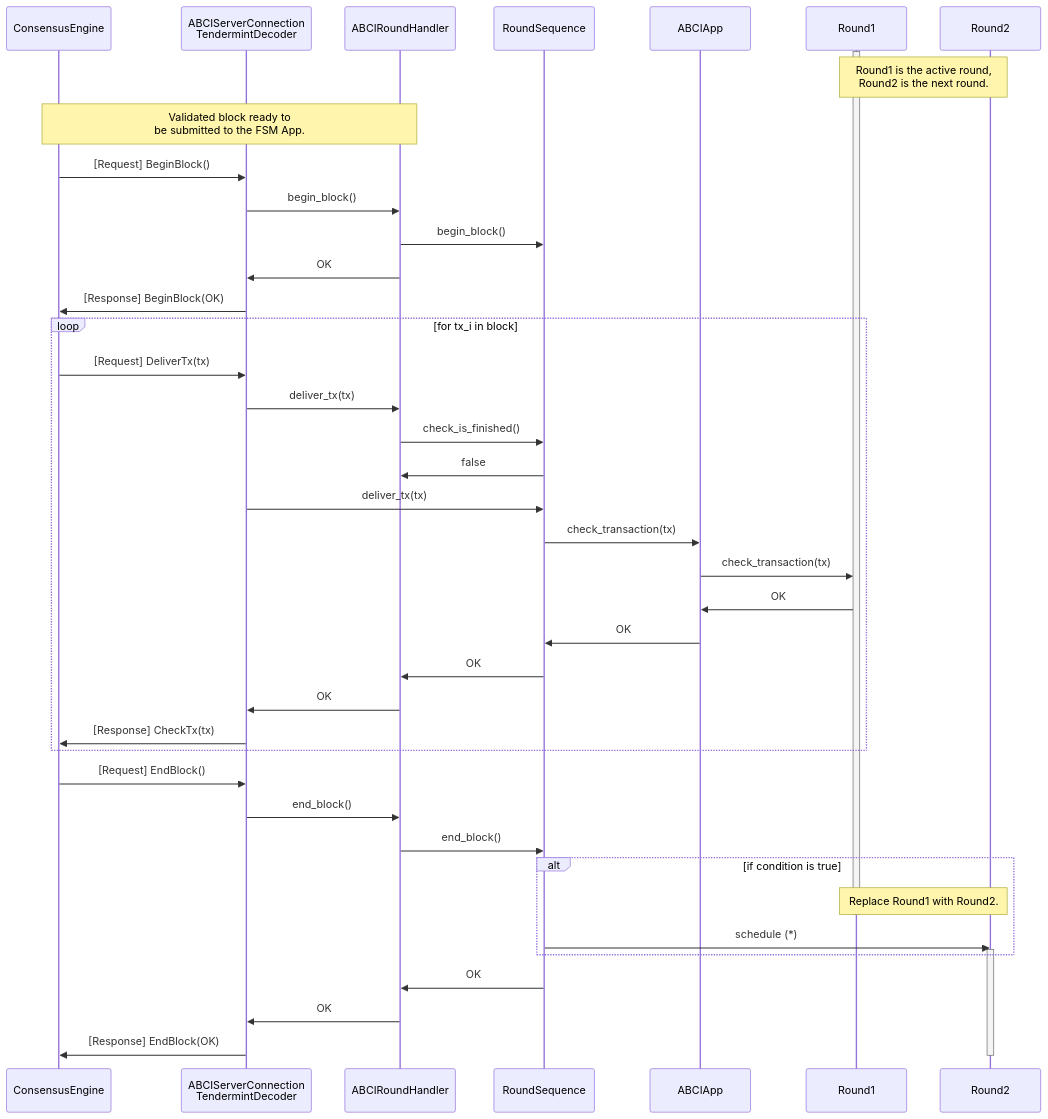
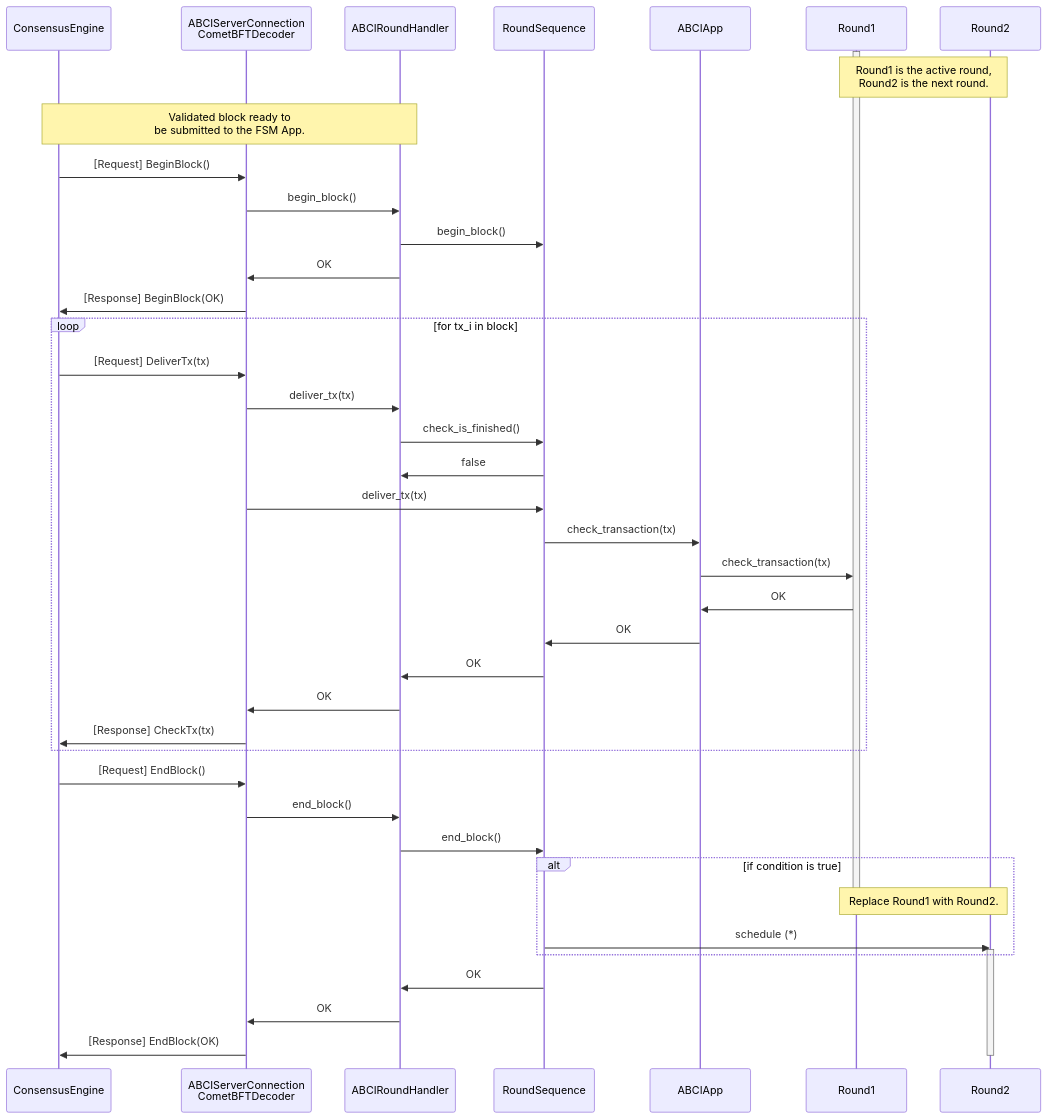
Before and after one commit to valory-xyz/open-autonomy: the third of 3 diagrams in docs/key_concepts/abci_app_interactions.md, drawn with Mermaid. The commit also changed other lines of this file and 15 other files, not shown here.

```diff
--- a/docs/key_concepts/abci_app_interactions.md
+++ b/docs/key_concepts/abci_app_interactions.md
@@ -121,45 +121,45 @@
 <div class="mermaid">
     sequenceDiagram
         participant ConsensusEngine
-        participant ABCIServerConnection as ABCIServerConnection<br/>TendermintDecoder
+        participant ABCIServerConnection as ABCIServerConnection<br/>CometBFTDecoder
         participant ABCIRoundHandler
         participant RoundSequence
         participant ABCIApp
         participant Round1
         participant Round2
         activate Round1
         note over Round1,Round2: Round1 is the active round,<br/>Round2 is the next round.
         note over ConsensusEngine,ABCIRoundHandler: Validated block ready to<br/>be submitted to the FSM App.
         ConsensusEngine->>ABCIServerConnection: [Request] BeginBlock()
         ABCIServerConnection->>ABCIRoundHandler: begin_block()        
         ABCIRoundHandler->>RoundSequence: begin_block()
         ABCIRoundHandler->>ABCIServerConnection: OK
         ABCIServerConnection->>ConsensusEngine: [Response] BeginBlock(OK)
         loop for tx_i in block
           ConsensusEngine->>ABCIServerConnection: [Request] DeliverTx(tx)
           ABCIServerConnection->>ABCIRoundHandler: deliver_tx(tx)
           ABCIRoundHandler->>RoundSequence: check_is_finished()
           RoundSequence->>ABCIRoundHandler: false
           ABCIServerConnection->>RoundSequence: deliver_tx(tx)
           RoundSequence->>ABCIApp: check_transaction(tx)             
           ABCIApp->>Round1: check_transaction(tx)                
           Round1->>ABCIApp: OK
           ABCIApp->>RoundSequence: OK
           RoundSequence->>ABCIRoundHandler: OK        
           ABCIRoundHandler->>ABCIServerConnection: OK
           ABCIServerConnection->>ConsensusEngine: [Response] CheckTx(tx)   
         end
         ConsensusEngine->>ABCIServerConnection: [Request] EndBlock()
         ABCIServerConnection->>ABCIRoundHandler: end_block()
         ABCIRoundHandler->>RoundSequence: end_block()
         alt if condition is true
             note over Round1, Round2: Replace Round1 with Round2.
             deactivate Round1
             RoundSequence->>Round2: schedule (*)
             activate Round2
         end
         RoundSequence->>ABCIRoundHandler: OK
         ABCIRoundHandler->>ABCIServerConnection: OK
         ABCIServerConnection->>ConsensusEngine: [Response] EndBlock(OK)
         deactivate Round2
 </div>
```
